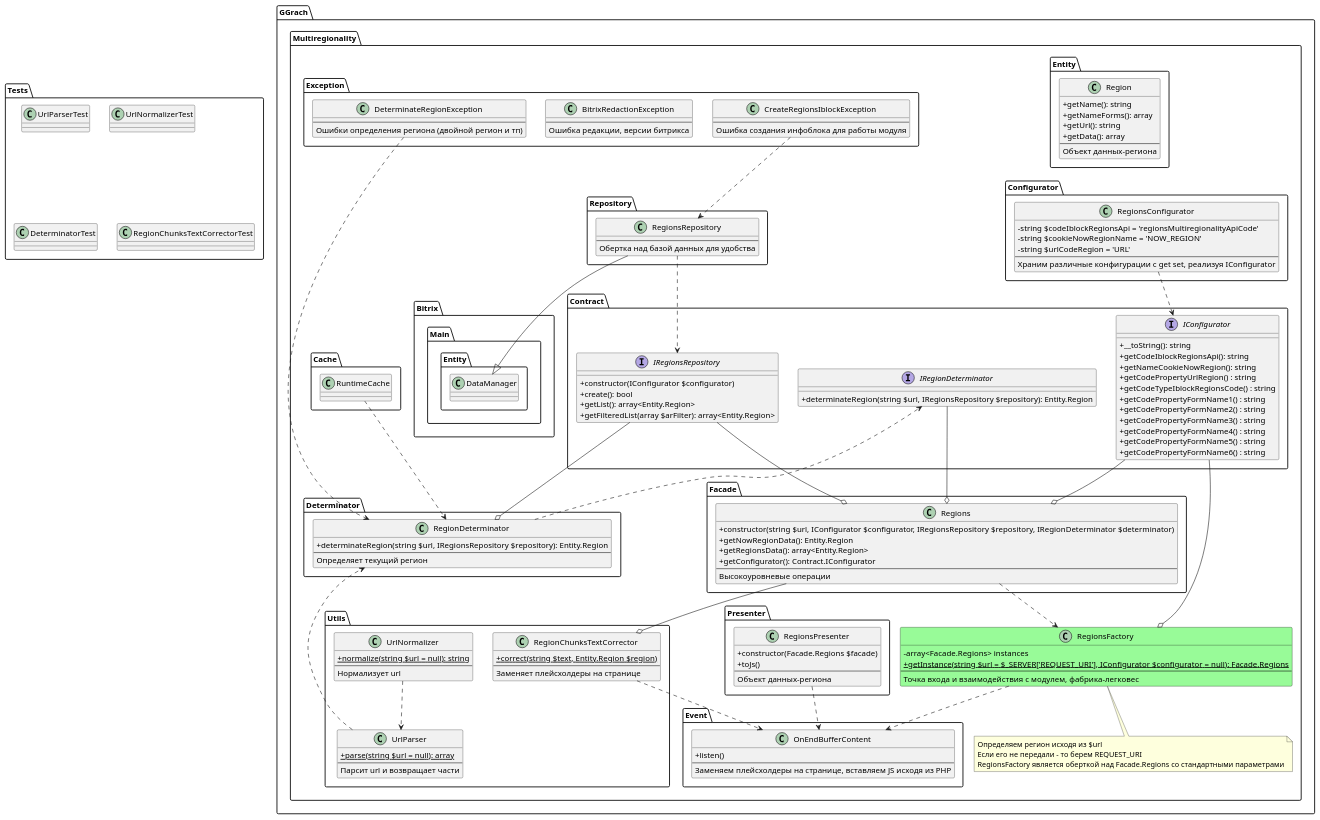
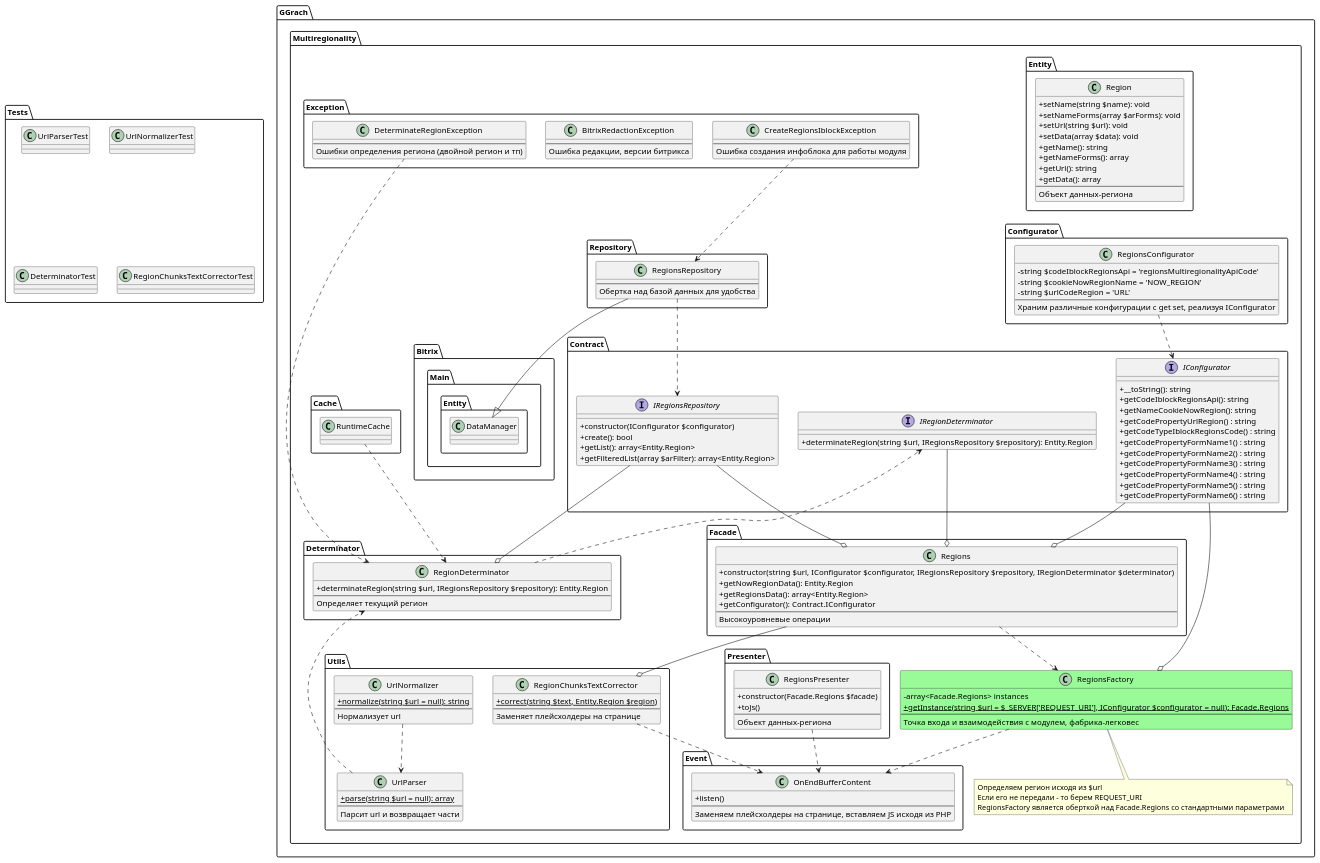
One commit to ggrachdev/bitrix_module_multiregionality changed the diagram in ggrachdev.multiregionality/classes/general/Multiregionality/structure.puml. Above: the diagram before and after it, drawn with PlantUML. The commit also changed 5 other files, not shown here.

```diff
--- a/ggrachdev.multiregionality/classes/general/Multiregionality/structure.puml
+++ b/ggrachdev.multiregionality/classes/general/Multiregionality/structure.puml
@@ -33,6 +33,10 @@
 
     namespace Entity {
         class Region {
+            + setName(string $name): void
+            + setNameForms(array $arForms): void
+            + setUrl(string $url): void
+            + setData(array $data): void
             + getName(): string
             + getNameForms(): array
             + getUrl(): string
```
